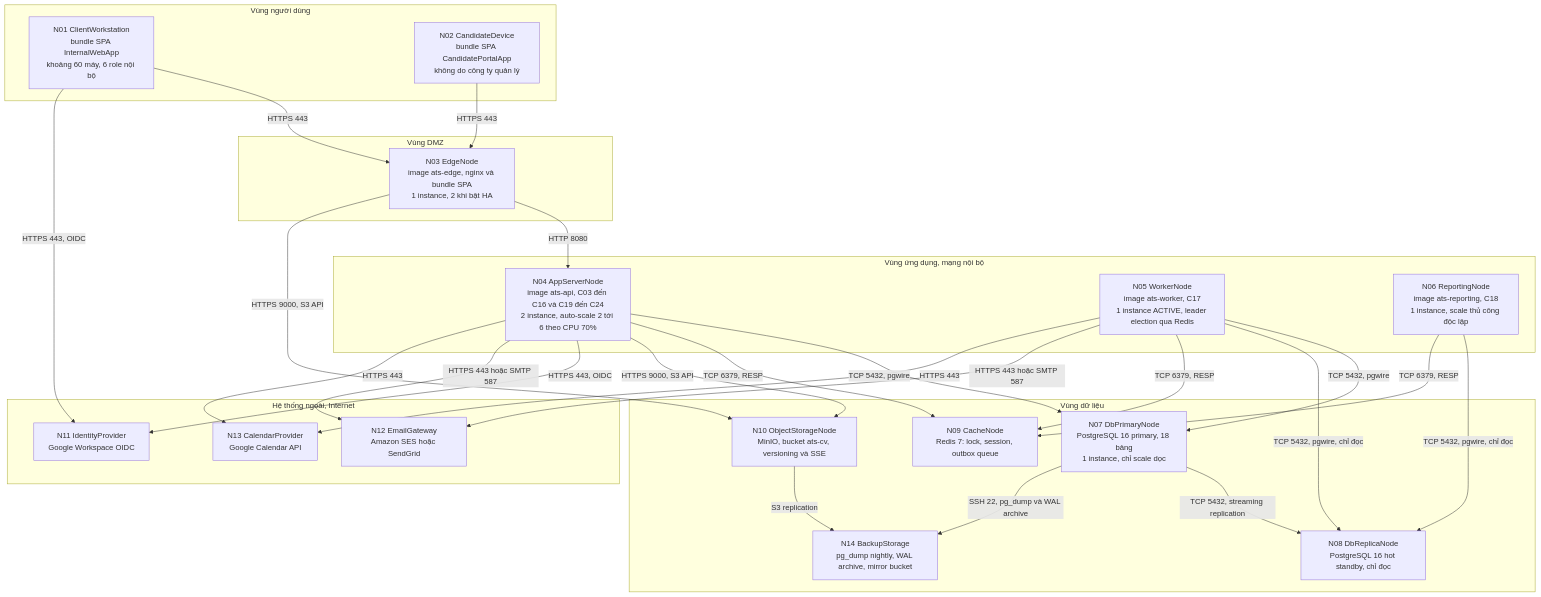
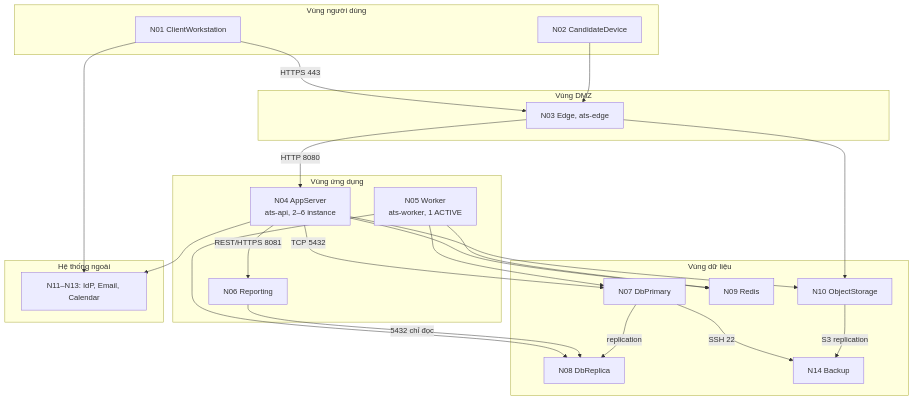
One commit to ktcshust/IT3120 changed the second of 5 diagrams in report/chapter_5_design.md. Above: the diagram before and after it, drawn with Mermaid. The commit also changed other lines of this file and 36 other files, not shown here.

````diff
--- a/report/chapter_5_design.md
+++ b/report/chapter_5_design.md
@@ -265,49 +148,43 @@
 ```mermaid
 flowchart TB
     subgraph Z1["Vùng người dùng"]
-        N01["N01 ClientWorkstation<br/>bundle SPA InternalWebApp<br/>khoảng 60 máy, 6 role nội bộ"]
-        N02["N02 CandidateDevice<br/>bundle SPA CandidatePortalApp<br/>không do công ty quản lý"]
+        N01["N01 ClientWorkstation"]
+        N02["N02 CandidateDevice"]
     end
     subgraph Z2["Vùng DMZ"]
-        N03["N03 EdgeNode<br/>image ats-edge, nginx và bundle SPA<br/>1 instance, 2 khi bật HA"]
+        N03["N03 Edge, ats-edge"]
     end
-    subgraph Z3["Vùng ứng dụng, mạng nội bộ"]
-        N04["N04 AppServerNode<br/>image ats-api, C03 đến C16 và C19 đến C24<br/>2 instance, auto-scale 2 tới 6 theo CPU 70%"]
-        N05["N05 WorkerNode<br/>image ats-worker, C17<br/>1 instance ACTIVE, leader election qua Redis"]
-        N06["N06 ReportingNode<br/>image ats-reporting, C18<br/>1 instance, scale thủ công độc lập"]
+    subgraph Z3["Vùng ứng dụng"]
+        N04["N04 AppServer<br/>ats-api, 2–6 instance"]
+        N05["N05 Worker<br/>ats-worker, 1 ACTIVE"]
+        N06["N06 Reporting"]
     end
     subgraph Z4["Vùng dữ liệu"]
-        N07["N07 DbPrimaryNode<br/>PostgreSQL 16 primary, 18 bảng<br/>1 instance, chỉ scale dọc"]
-        N08["N08 DbReplicaNode<br/>PostgreSQL 16 hot standby, chỉ đọc"]
-        N09["N09 CacheNode<br/>Redis 7: lock, session, outbox queue"]
-        N10["N10 ObjectStorageNode<br/>MinIO, bucket ats-cv, versioning và SSE"]
-        N14["N14 BackupStorage<br/>pg_dump nightly, WAL archive, mirror bucket"]
+        N07["N07 DbPrimary"]
+        N08["N08 DbReplica"]
+        N09["N09 Redis"]
+        N10["N10 ObjectStorage"]
+        N14["N14 Backup"]
     end
-    subgraph Z5["Hệ thống ngoài, Internet"]
-        N11["N11 IdentityProvider<br/>Google Workspace OIDC"]
-        N12["N12 EmailGateway<br/>Amazon SES hoặc SendGrid"]
-        N13["N13 CalendarProvider<br/>Google Calendar API"]
+    subgraph Z5["Hệ thống ngoài"]
+        EXT["N11–N13: IdP, Email, Calendar"]
     end
 
     N01 -->|"HTTPS 443"| N03
-    N02 -->|"HTTPS 443"| N03
-    N01 -->|"HTTPS 443, OIDC"| N11
+    N02 --> N03
+    N01 --> EXT
     N03 -->|"HTTP 8080"| N04
-    N03 -->|"HTTPS 9000, S3 API"| N10
-    N04 -->|"TCP 5432, pgwire"| N07
-    N04 -->|"TCP 6379, RESP"| N09
-    N04 -->|"HTTPS 9000, S3 API"| N10
-    N04 -->|"HTTPS 443, OIDC"| N11
-    N04 -->|"HTTPS 443 hoặc SMTP 587"| N12
-    N04 -->|"HTTPS 443"| N13
-    N05 -->|"TCP 5432, pgwire"| N07
-    N05 -->|"TCP 5432, pgwire, chỉ đọc"| N08
-    N05 -->|"TCP 6379, RESP"| N09
-    N05 -->|"HTTPS 443 hoặc SMTP 587"| N12
-    N05 -->|"HTTPS 443"| N13
-    N06 -->|"TCP 5432, pgwire, chỉ đọc"| N08
-    N06 -->|"TCP 6379, RESP"| N09
-    N07 -->|"TCP 5432, streaming replication"| N08
-    N07 -->|"SSH 22, pg_dump và WAL archive"| N14
+    N03 --> N10
+    N04 -->|"TCP 5432"| N07
+    N04 --> N09
+    N04 --> N10
+    N04 --> EXT
+    N04 -->|"REST/HTTPS 8081"| N06
+    N05 --> N07
+    N05 --> N08
+    N05 --> N09
+    N06 -->|"5432 chỉ đọc"| N08
+    N07 -->|"replication"| N08
+    N07 -->|"SSH 22"| N14
     N10 -->|"S3 replication"| N14
 ```
````
